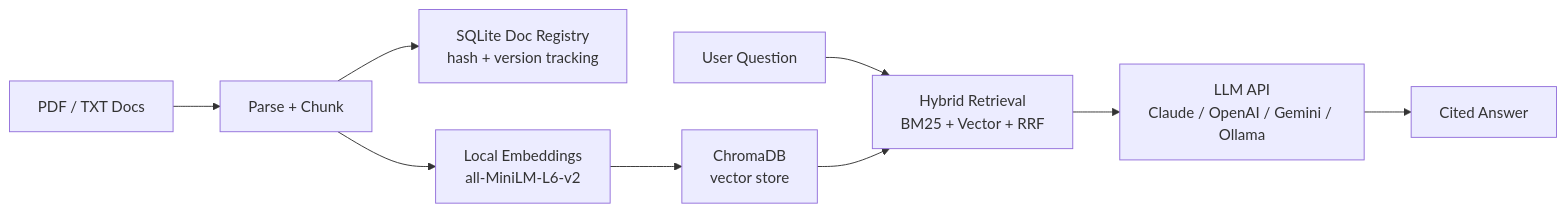
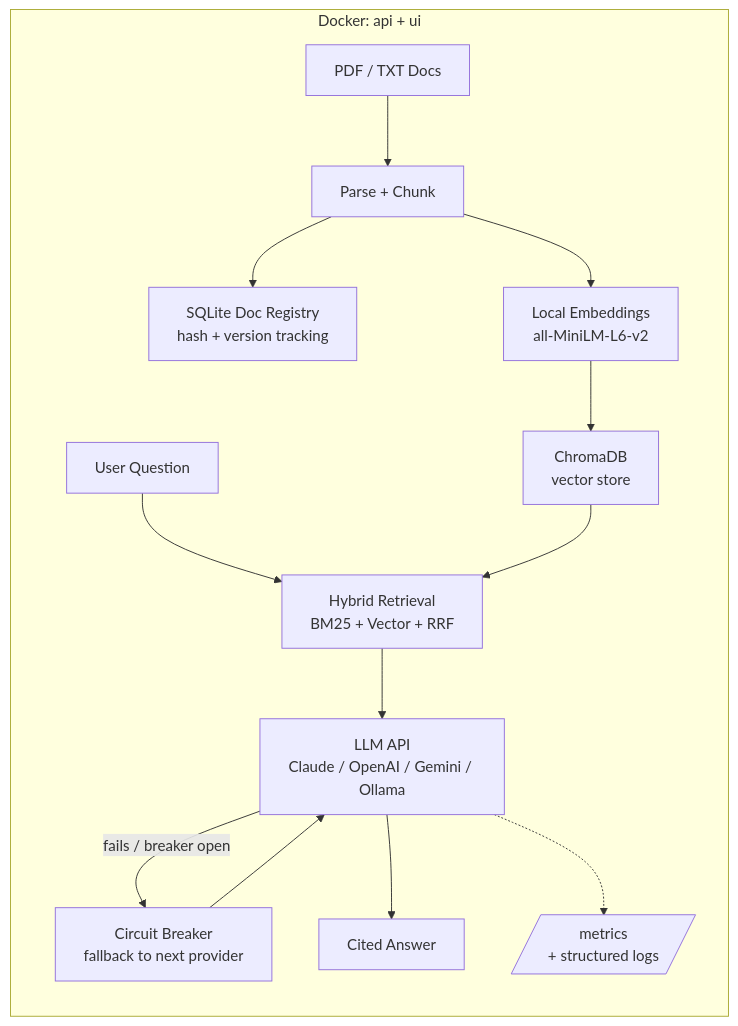
One commit to emberlytic/rag-document-assistant changed the diagram in README.md. Above: the diagram before and after it, drawn with Mermaid. The commit also changed other lines of this file, not shown here.

Commit message:
docs: update architecture diagram and testing section for production-hardening additions
Reflects the Docker boundary, circuit breaker/fallback path, and /metrics
in the architecture diagram, and names the breaker state-transition and
fallback-chain test coverage explicitly in the Testing section.

````diff
--- a/README.md
+++ b/README.md
@@ -23,12 +23,17 @@
 ```mermaid
 flowchart LR
-    A[PDF / TXT Docs] --> B[Parse + Chunk]
-    B --> C[SQLite Doc Registry<br/>hash + version tracking]
-    B --> D[Local Embeddings<br/>all-MiniLM-L6-v2]
-    D --> E[ChromaDB<br/>vector store]
+    subgraph Container["Docker: api + ui"]
+        A[PDF / TXT Docs] --> B[Parse + Chunk]
+        B --> C[SQLite Doc Registry<br/>hash + version tracking]
+        B --> D[Local Embeddings<br/>all-MiniLM-L6-v2]
+        D --> E[ChromaDB<br/>vector store]
 
-    F[User Question] --> G[Hybrid Retrieval<br/>BM25 + Vector + RRF]
-    E --> G
-    G --> H[LLM API<br/>Claude / OpenAI / Gemini / Ollama]
-    H --> I[Cited Answer]
+        F[User Question] --> G[Hybrid Retrieval<br/>BM25 + Vector + RRF]
+        E --> G
+        G --> H[LLM API<br/>Claude / OpenAI / Gemini / Ollama]
+        H -- fails / breaker open --> J[Circuit Breaker<br/>fallback to next provider]
+        J --> H
+        H --> I[Cited Answer]
+        H -.-> M[/metrics<br/>+ structured logs/]
+    end
 ```
````
